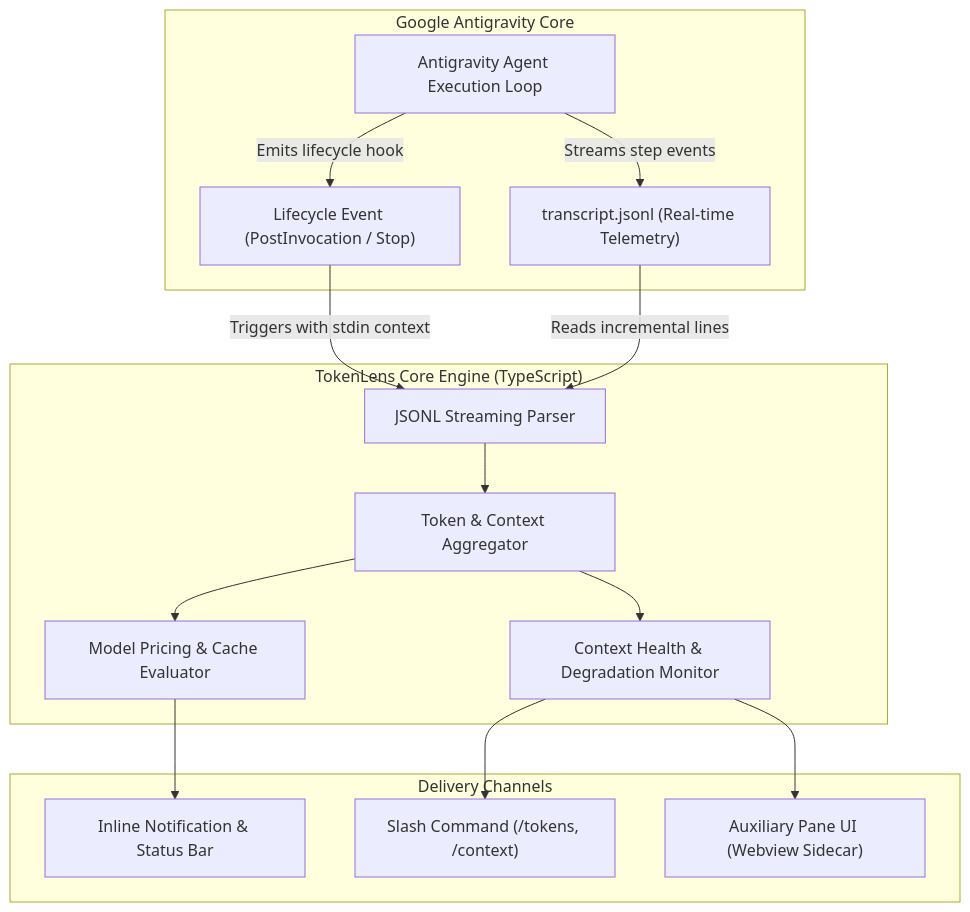
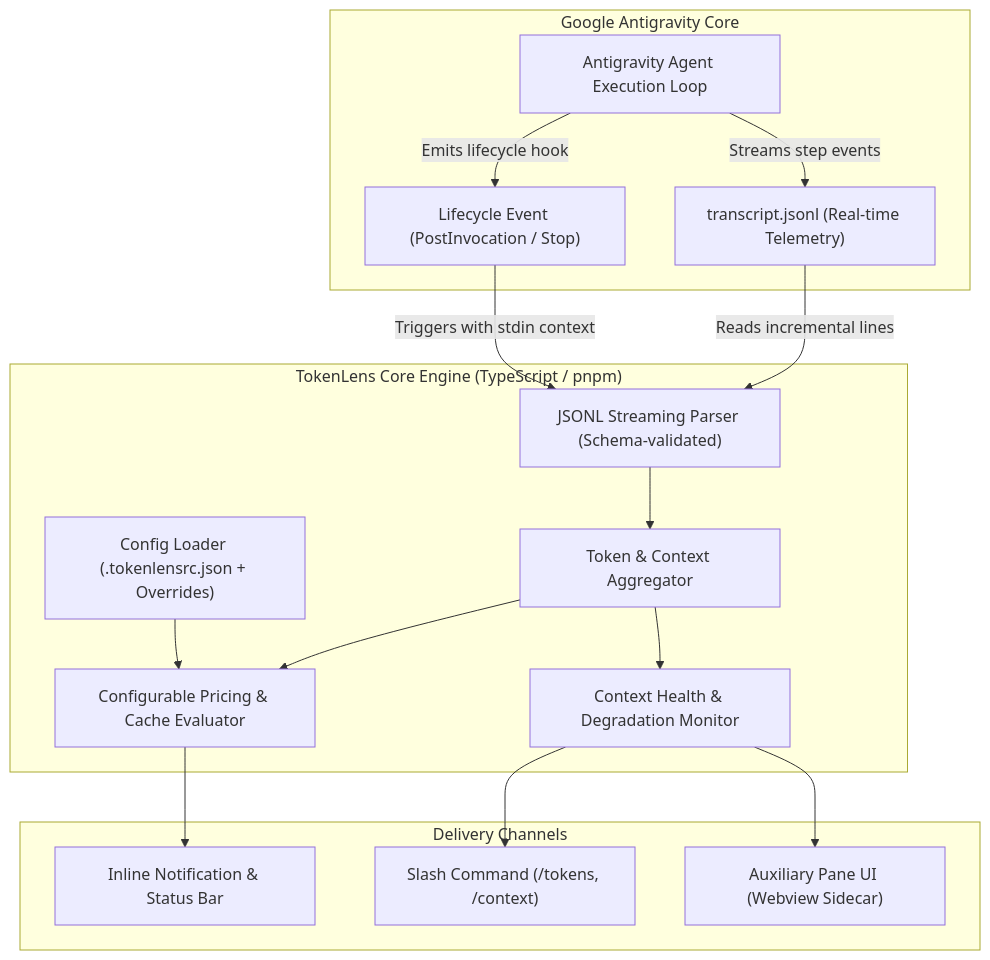
Before and after one commit to R-FS/Token-lens: the diagram in BLUEPRINT.md, drawn with Mermaid. The commit also changed other lines of this file and 19 other files, not shown here.

First line of the commit message:
Implement core telemetry parser, pricing engine, and context health analyzer

````diff
--- a/BLUEPRINT.md
+++ b/BLUEPRINT.md
@@ -19,32 +46,34 @@
 ```mermaid
 flowchart TD
     subgraph AGY["Google Antigravity Core"]
         Agent["Antigravity Agent Execution Loop"]
         Transcript["transcript.jsonl (Real-time Telemetry)"]
         HooksEvent["Lifecycle Event (PostInvocation / Stop)"]
     end
 
-    subgraph Core["TokenLens Core Engine (TypeScript)"]
-        Parser["JSONL Streaming Parser"]
+    subgraph Core["TokenLens Core Engine (TypeScript / pnpm)"]
+        ConfigLoader["Config Loader (.tokenlensrc.json + Overrides)"]
+        Parser["JSONL Streaming Parser (Schema-validated)"]
         Aggregator["Token & Context Aggregator"]
-        PricingEngine["Model Pricing & Cache Evaluator"]
+        PricingEngine["Configurable Pricing & Cache Evaluator"]
         HealthEvaluator["Context Health & Degradation Monitor"]
     end
 
     subgraph Presentation["Delivery Channels"]
         CLIAlert["Inline Notification & Status Bar"]
         SlashCmd["Slash Command (/tokens, /context)"]
         SidecarUI["Auxiliary Pane UI (Webview Sidecar)"]
     end
 
     Agent -->|Streams step events| Transcript
     Agent -->|Emits lifecycle hook| HooksEvent
     HooksEvent -->|Triggers with stdin context| Parser
     Transcript -->|Reads incremental lines| Parser
+    ConfigLoader --> PricingEngine
     Parser --> Aggregator
     Aggregator --> PricingEngine
     Aggregator --> HealthEvaluator
     PricingEngine --> CLIAlert
     HealthEvaluator --> SlashCmd
     HealthEvaluator --> SidecarUI
 ```
````
